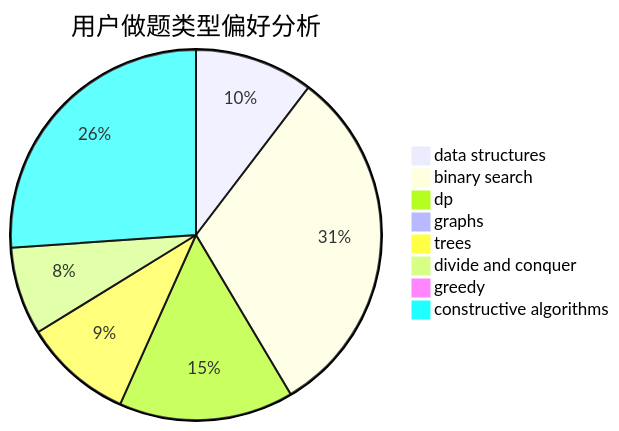
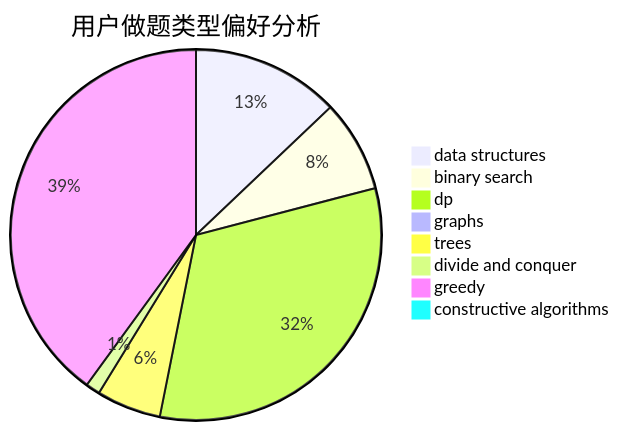
Before and after one commit to sherpahu/cfrs.github.io: the second of 3 diagrams in docs/user/u1708.md, drawn with Mermaid. The commit also changed other lines of this file and 2770 other files, not shown here.

````diff
--- a/docs/user/u1708.md
+++ b/docs/user/u1708.md
@@ -23,11 +23,11 @@
 ```mermaid
 pie title 用户做题类型偏好分析
-    "data structures" :  85
-    "binary search" :  255
-    "dp" :  125
-    "graphs" :  6
-    "trees" :  78
-    "divide and conquer" :  63
-    "greedy" :  3
-    "constructive algorithms" :  214
+    "data structures" :  103
+    "binary search" :  64
+    "dp" :  257
+    "graphs" :  4
+    "trees" :  45
+    "divide and conquer" :  10
+    "greedy" :  319
+    "constructive algorithms" :  6
 ```
````
